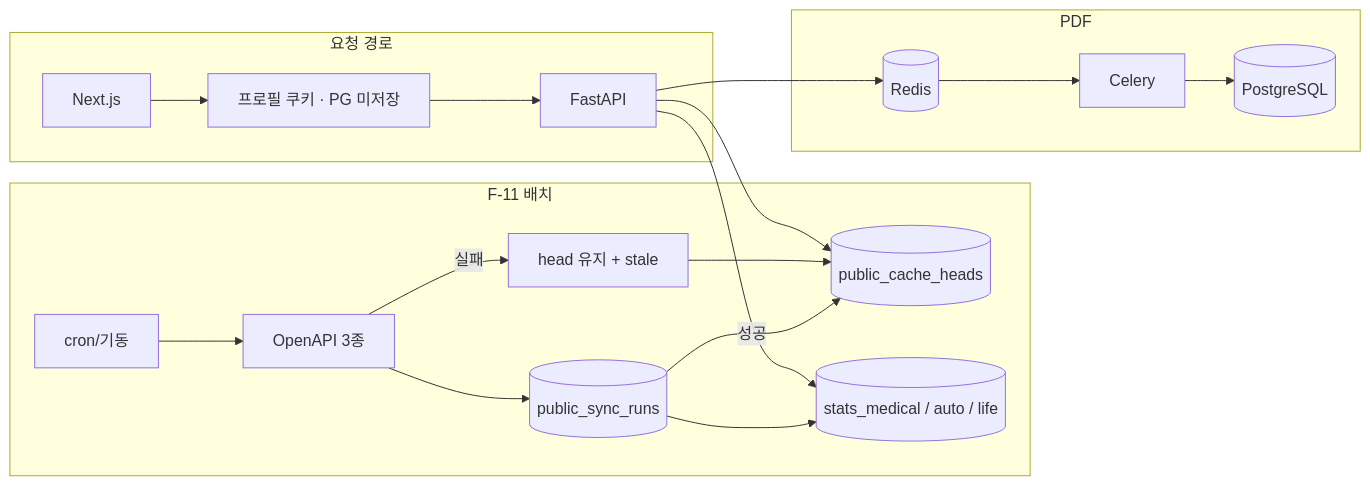
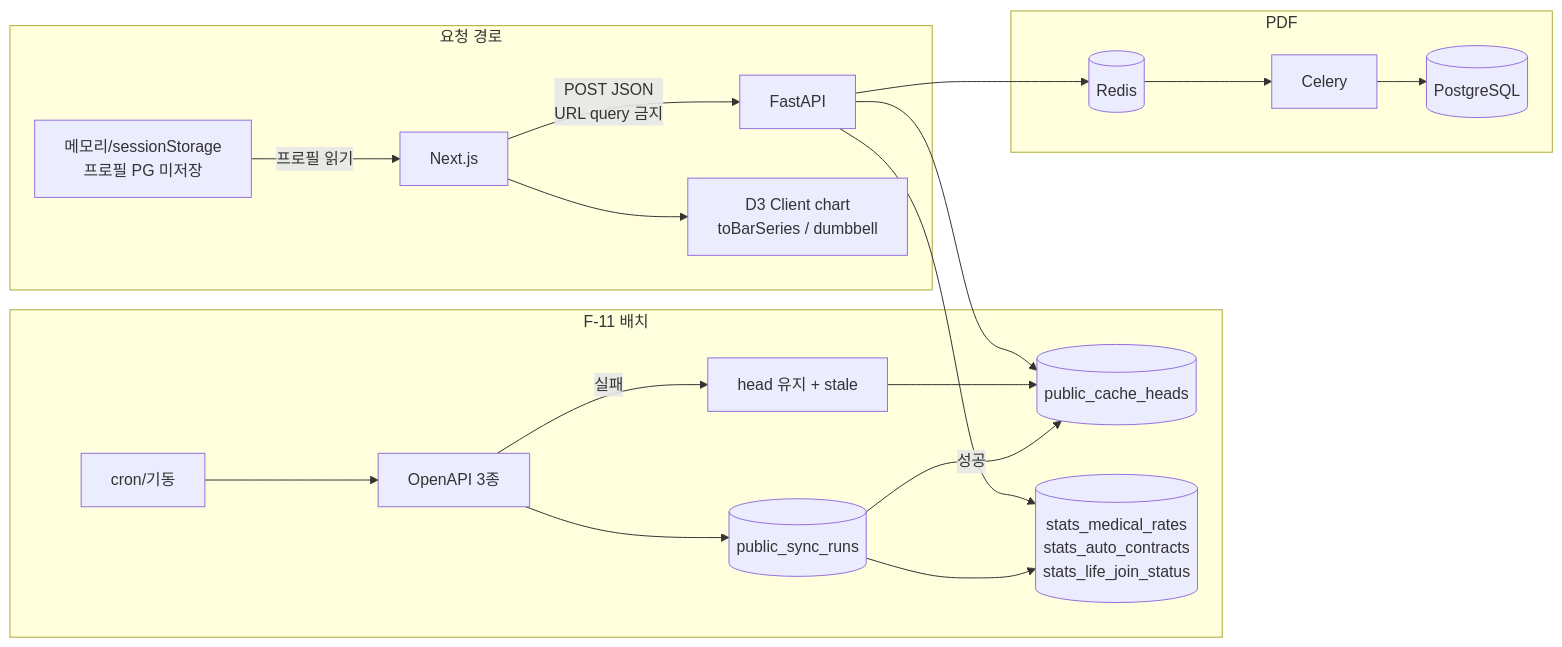
One commit to meustar/InsuranceForAll changed the second of 3 diagrams in FLOWCHARTS.md. Above: the diagram before and after it, drawn with Mermaid. The commit also changed other lines of this file and 20 other files, not shown here.

````diff
--- a/FLOWCHARTS.md
+++ b/FLOWCHARTS.md
@@ -62,30 +87,33 @@
 ```mermaid
 flowchart LR
   subgraph sync["F-11 배치"]
     CRON[cron/기동]
     PORTAL[OpenAPI 3종]
     RUNS[(public_sync_runs)]
     HEAD[(public_cache_heads)]
-    STATS[(stats_medical / auto / life)]
+    STATS[("stats_medical_rates<br/>stats_auto_contracts<br/>stats_life_join_status")]
     CRON --> PORTAL --> RUNS --> STATS
     RUNS -->|성공| HEAD
     PORTAL -->|실패| STALE[head 유지 + stale]
     STALE --> HEAD
   end
 
   subgraph app["요청 경로"]
     WEB[Next.js]
     API[FastAPI]
-    COOKIE[프로필 쿠키 · PG 미저장]
-    WEB --> COOKIE --> API
+    SESSION["메모리/sessionStorage<br/>프로필 PG 미저장"]
+    D3["D3 Client chart<br/>toBarSeries / dumbbell"]
+    SESSION -->|프로필 읽기| WEB
+    WEB -->|"POST JSON<br/>URL query 금지"| API
     API --> HEAD
     API --> STATS
+    WEB --> D3
   end
 
   subgraph pdf["PDF"]
     Q[(Redis)]
     W[Celery]
     PG[(PostgreSQL)]
     API --> Q --> W --> PG
   end
 ```
````
